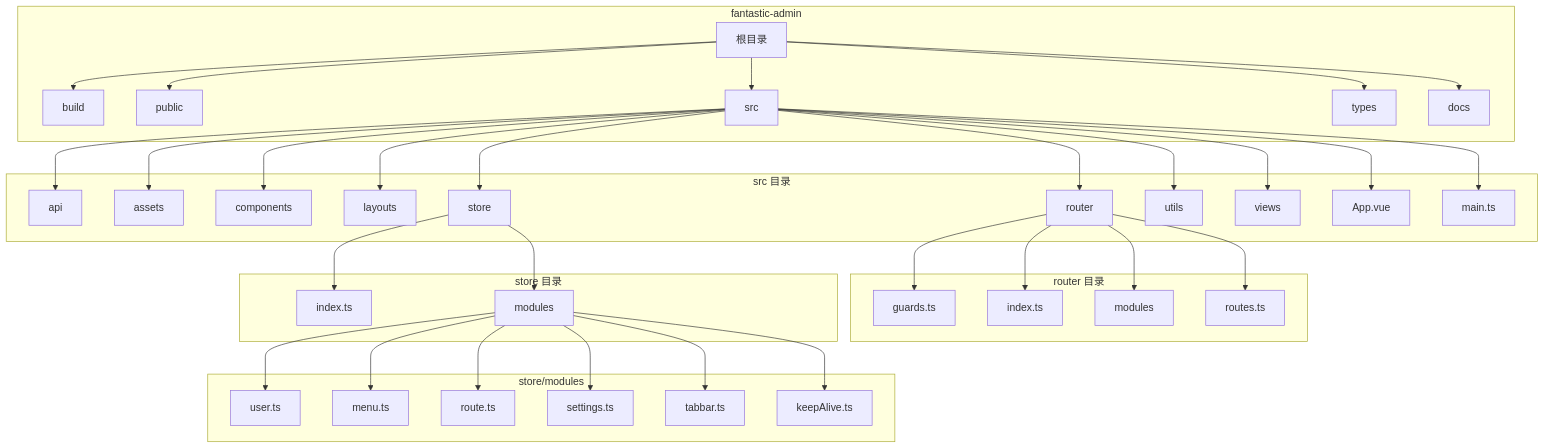
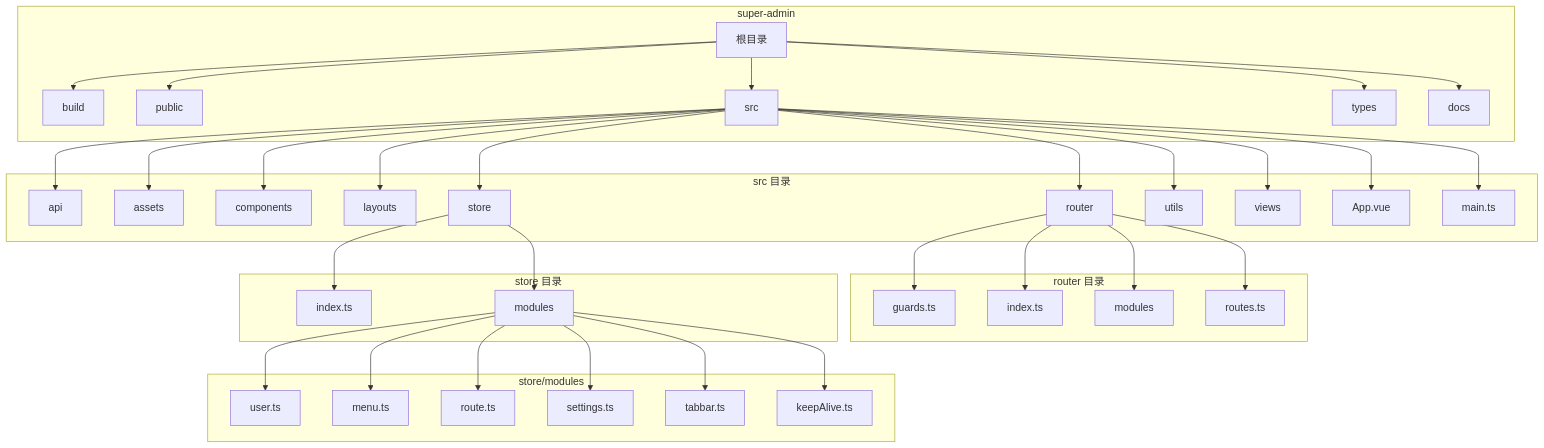
Before and after one commit to kevinsuperme/game-admin: the third of 10 diagrams in docs/05-架构图.md, drawn with Mermaid. The commit also changed other lines of this file and 32 other files, not shown here.

````diff
--- a/docs/05-架构图.md
+++ b/docs/05-架构图.md
@@ -115,73 +115,73 @@
 ```mermaid
 graph TB
-    subgraph "fantastic-admin"
+    subgraph "super-admin"
         A[根目录]
         B[build]
         C[public]
         D[src]
         E[types]
         F[docs]
     end
     
     subgraph "src 目录"
         D1[api]
         D2[assets]
         D3[components]
         D4[layouts]
         D5[router]
         D6[store]
         D7[utils]
         D8[views]
         D9[App.vue]
         D10[main.ts]
     end
     
     subgraph "router 目录"
         D5A[guards.ts]
         D5B[index.ts]
         D5C[modules]
         D5D[routes.ts]
     end
     
     subgraph "store 目录"
         D6A[index.ts]
         D6B[modules]
     end
     
     subgraph "store/modules"
         D6B1[user.ts]
         D6B2[menu.ts]
         D6B3[route.ts]
         D6B4[settings.ts]
         D6B5[tabbar.ts]
         D6B6[keepAlive.ts]
     end
     
     A --> B
     A --> C
     A --> D
     A --> E
     A --> F
     D --> D1
     D --> D2
     D --> D3
     D --> D4
     D --> D5
     D --> D6
     D --> D7
     D --> D8
     D --> D9
     D --> D10
     D5 --> D5A
     D5 --> D5B
     D5 --> D5C
     D5 --> D5D
     D6 --> D6A
     D6 --> D6B
     D6B --> D6B1
     D6B --> D6B2
     D6B --> D6B3
     D6B --> D6B4
     D6B --> D6B5
     D6B --> D6B6
 ```
````
